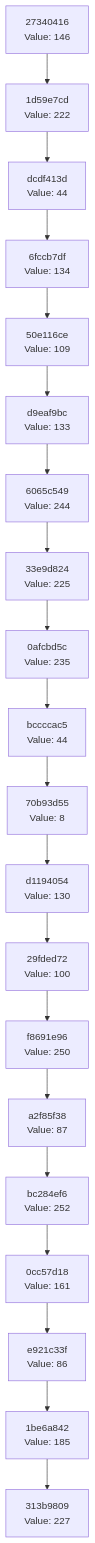
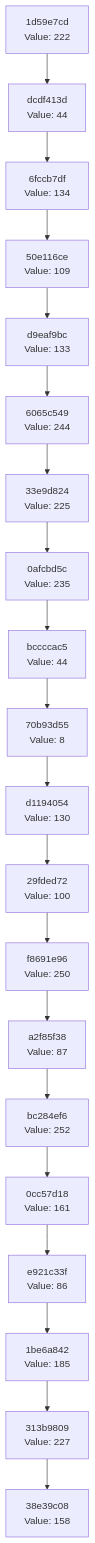
One commit to Abhisheksinha1506/hash-chain-evolver changed the diagram in docs/CHAIN_VISUALIZATION.md. Above: the diagram before and after it, drawn with Mermaid. The commit also changed 3 other files, not shown here.

````diff
--- a/docs/CHAIN_VISUALIZATION.md
+++ b/docs/CHAIN_VISUALIZATION.md
@@ -3,42 +3,42 @@
 ```mermaid
 graph TD
-    C0["313b9809<br/>Value: 227"]
-    C1["1be6a842<br/>Value: 185"]
+    C0["38e39c08<br/>Value: 158"]
+    C1["313b9809<br/>Value: 227"]
     C1 --> C0
-    C2["e921c33f<br/>Value: 86"]
+    C2["1be6a842<br/>Value: 185"]
     C2 --> C1
-    C3["0cc57d18<br/>Value: 161"]
+    C3["e921c33f<br/>Value: 86"]
     C3 --> C2
-    C4["bc284ef6<br/>Value: 252"]
+    C4["0cc57d18<br/>Value: 161"]
     C4 --> C3
-    C5["a2f85f38<br/>Value: 87"]
+    C5["bc284ef6<br/>Value: 252"]
     C5 --> C4
-    C6["f8691e96<br/>Value: 250"]
+    C6["a2f85f38<br/>Value: 87"]
     C6 --> C5
-    C7["29fded72<br/>Value: 100"]
+    C7["f8691e96<br/>Value: 250"]
     C7 --> C6
-    C8["d1194054<br/>Value: 130"]
+    C8["29fded72<br/>Value: 100"]
     C8 --> C7
-    C9["70b93d55<br/>Value: 8"]
+    C9["d1194054<br/>Value: 130"]
     C9 --> C8
-    C10["bccccac5<br/>Value: 44"]
+    C10["70b93d55<br/>Value: 8"]
     C10 --> C9
-    C11["0afcbd5c<br/>Value: 235"]
+    C11["bccccac5<br/>Value: 44"]
     C11 --> C10
-    C12["33e9d824<br/>Value: 225"]
+    C12["0afcbd5c<br/>Value: 235"]
     C12 --> C11
-    C13["6065c549<br/>Value: 244"]
+    C13["33e9d824<br/>Value: 225"]
     C13 --> C12
-    C14["d9eaf9bc<br/>Value: 133"]
+    C14["6065c549<br/>Value: 244"]
     C14 --> C13
-    C15["50e116ce<br/>Value: 109"]
+    C15["d9eaf9bc<br/>Value: 133"]
     C15 --> C14
-    C16["6fccb7df<br/>Value: 134"]
+    C16["50e116ce<br/>Value: 109"]
     C16 --> C15
-    C17["dcdf413d<br/>Value: 44"]
+    C17["6fccb7df<br/>Value: 134"]
     C17 --> C16
-    C18["1d59e7cd<br/>Value: 222"]
+    C18["dcdf413d<br/>Value: 44"]
     C18 --> C17
-    C19["27340416<br/>Value: 146"]
+    C19["1d59e7cd<br/>Value: 222"]
     C19 --> C18
 ```
````
